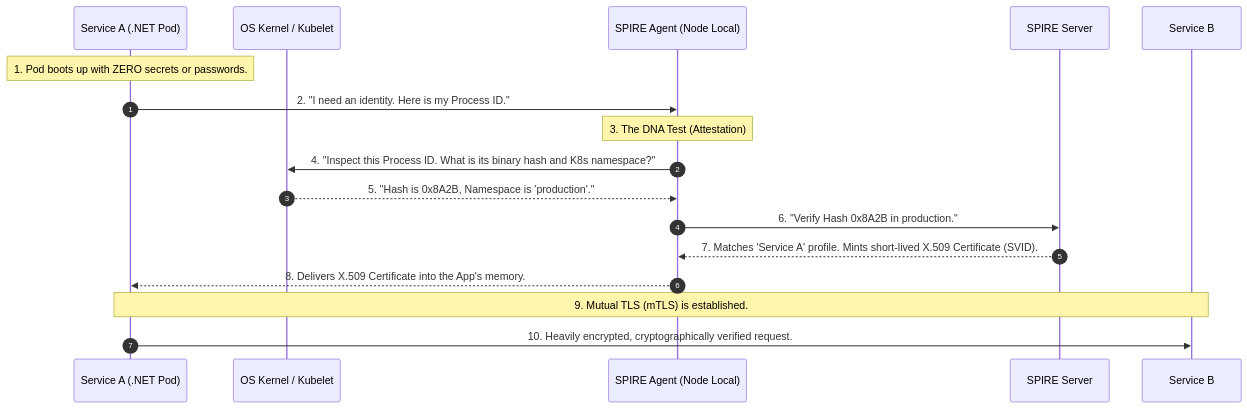
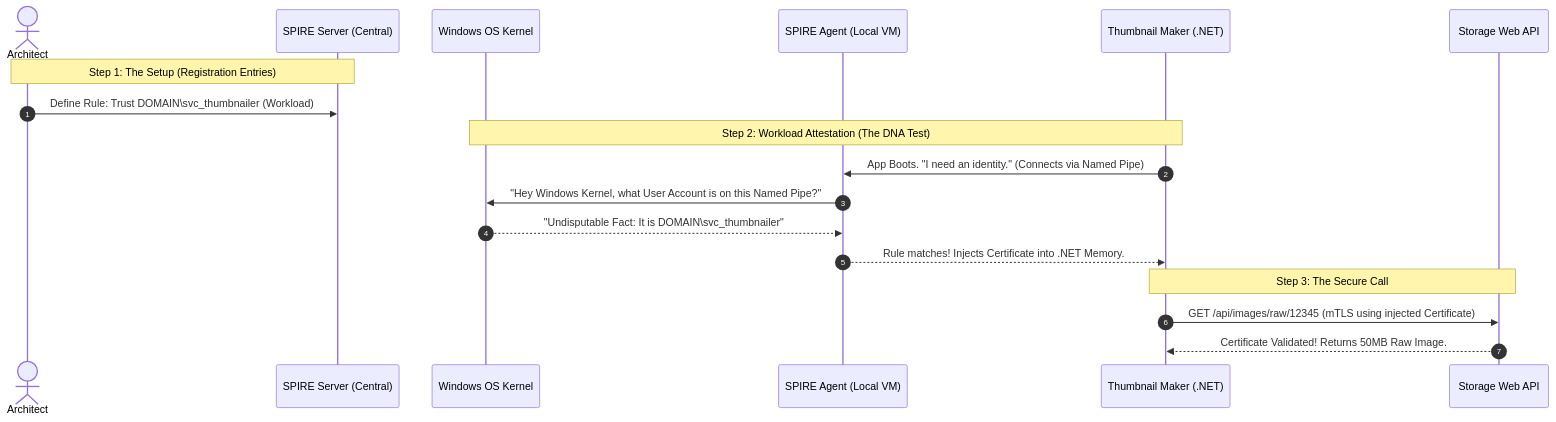
The second of 4 diagrams in Quiz/05_machine_to_machine_m2m_and_workload_identity.md (nirajp82/IdentityAccessManagement_IAM), drawn with Mermaid before and after one commit. The commit also changed other lines of this file, not shown here.

````diff
--- a/Quiz/05_machine_to_machine_m2m_and_workload_identity.md
+++ b/Quiz/05_machine_to_machine_m2m_and_workload_identity.md
@@ -130,25 +127,24 @@
 ```mermaid
 sequenceDiagram
     autonumber
-    participant App as Service A (.NET Pod)
-    participant Kernel as OS Kernel / Kubelet
-    participant Agent as SPIRE Agent (Node Local)
-    participant Server as SPIRE Server
-    participant ServiceB as Service B
+    actor Architect
+    participant Server as SPIRE Server (Central)
+    participant OS as Windows OS Kernel
+    participant Agent as SPIRE Agent (Local VM)
+    participant App as Thumbnail Maker (.NET)
+    participant API as Storage Web API
 
-    Note over App: 1. Pod boots up with ZERO secrets or passwords.
-    App->>Agent: 2. "I need an identity. Here is my Process ID."
+    Note over Architect,Server: Step 1: The Setup (Registration Entries)
+    Architect->>Server: Define Rule: Trust DOMAIN\svc_thumbnailer (Workload)
     
-    Note over Agent: 3. The DNA Test (Attestation)
-    Agent->>Kernel: 4. "Inspect this Process ID. What is its binary hash and K8s namespace?"
-    Kernel-->>Agent: 5. "Hash is 0x8A2B, Namespace is 'production'."
+    Note over OS,App: Step 2: Workload Attestation (The DNA Test)
+    App->>Agent: App Boots. "I need an identity." (Connects via Named Pipe)
+    Agent->>OS: "Hey Windows Kernel, what User Account is on this Named Pipe?"
+    OS-->>Agent: "Undisputable Fact: It is DOMAIN\svc_thumbnailer"
+    Agent-->>App: Rule matches! Injects Certificate into .NET Memory.
     
-    Agent->>Server: 6. "Verify Hash 0x8A2B in production."
-    Server-->>Agent: 7. Matches 'Service A' profile. Mints short-lived X.509 Certificate (SVID).
-    
-    Agent-->>App: 8. Delivers X.509 Certificate into the App's memory.
-    
-    Note over App,ServiceB: 9. Mutual TLS (mTLS) is established.
-    App->>ServiceB: 10. Heavily encrypted, cryptographically verified request.
+    Note over App,API: Step 3: The Secure Call
+    App->>API: GET /api/images/raw/12345 (mTLS using injected Certificate)
+    API-->>App: Certificate Validated! Returns 50MB Raw Image.
 
 ```
````
